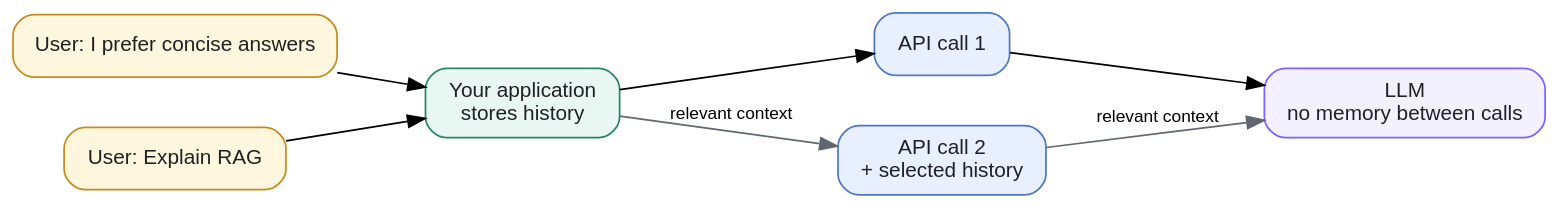
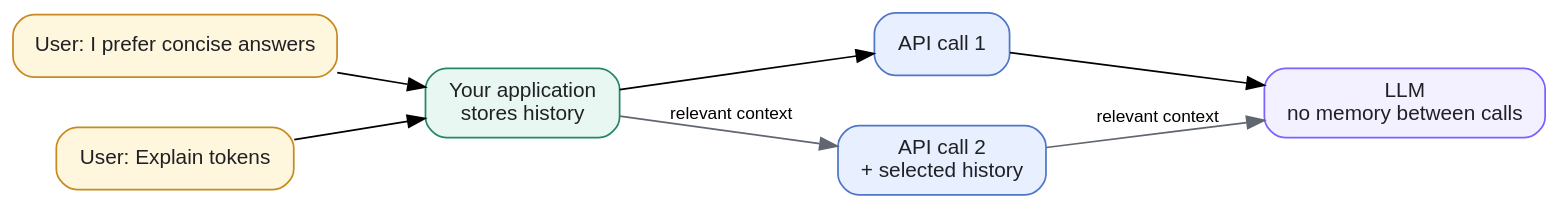
Before and after one commit to lngsa1234/my-llm-playground: the third of 4 diagrams in knowledge_base/week-01-llm-fundamentals/concepts.md, drawn with Graphviz. The commit also changed other lines of this file and 1 other file, not shown here.

````diff
--- a/knowledge_base/week-01-llm-fundamentals/concepts.md
+++ b/knowledge_base/week-01-llm-fundamentals/concepts.md
@@ -70,15 +75,15 @@
 ```graphviz
 digraph state {
   rankdir=LR; bgcolor="transparent"; nodesep=.4; ranksep=.7;
   node [shape=box style="rounded,filled" fontname="Arial" fontsize=12 fontcolor="#202124" margin=".18,.10"];
   user1 [label="User: I prefer concise answers" fillcolor="#FFF6DE" color="#C68B20"];
   app [label="Your application\nstores history" fillcolor="#E8F7F2" color="#25866A"];
   call1 [label="API call 1" fillcolor="#E8F0FF" color="#4F76C8"];
   model [label="LLM\nno memory between calls" fillcolor="#F3F0FF" color="#7B61FF"];
-  user2 [label="User: Explain RAG" fillcolor="#FFF6DE" color="#C68B20"];
+  user2 [label="User: Explain tokens" fillcolor="#FFF6DE" color="#C68B20"];
   call2 [label="API call 2\n+ selected history" fillcolor="#E8F0FF" color="#4F76C8"];
   user1 -> app -> call1 -> model;
   user2 -> app;
   app -> call2 -> model [label="  relevant context" fontname="Arial" fontsize=10 color="#606770"];
 }
 ```
````
